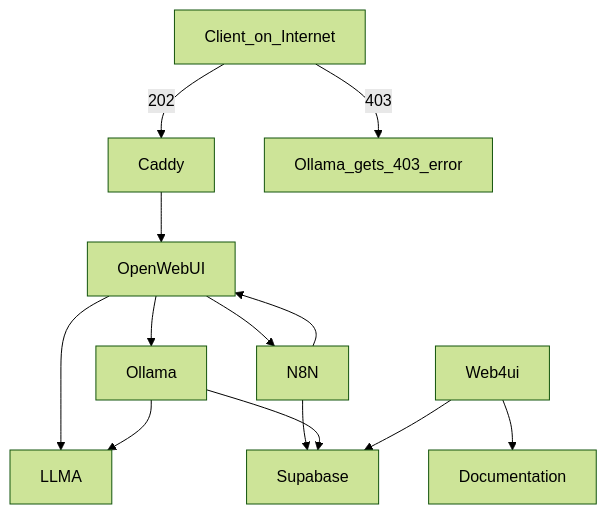
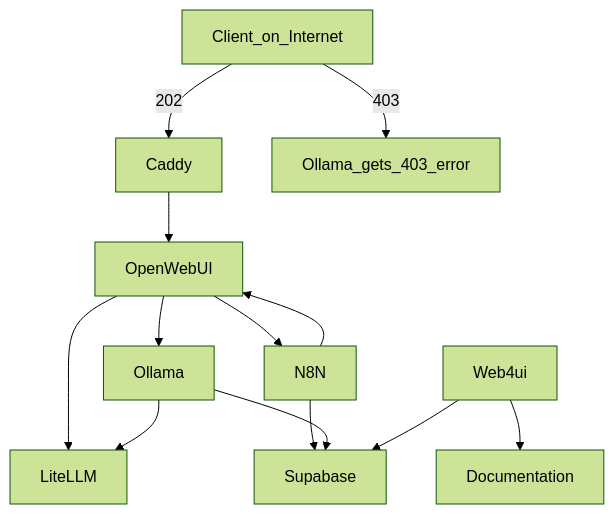
The diagram in README.md (bozman2021/boztunnel_v2), drawn with Mermaid (forest theme) before and after one commit.

````diff
--- a/README.md
+++ b/README.md
@@ -142,16 +142,16 @@
 ```mermaid
 graph TD;
     Client_on_Internet-->|202|Caddy;
     Caddy-->OpenWebUI;
     OpenWebUI-->Ollama;
     OpenWebUI-->N8N;
     N8N-->Supabase;
     N8N-->OpenWebUI;
-    OpenWebUI-->LLMA;
-    Ollama-->LLMA;
+    OpenWebUI-->LiteLLM;
+    Ollama-->LiteLLM;
     Ollama-->Supabase;
     Web4ui-->Supabase;
     Web4ui-->Documentation;
     Client_on_Internet-->|403|Ollama_gets_403_error;
 
 ```
````
